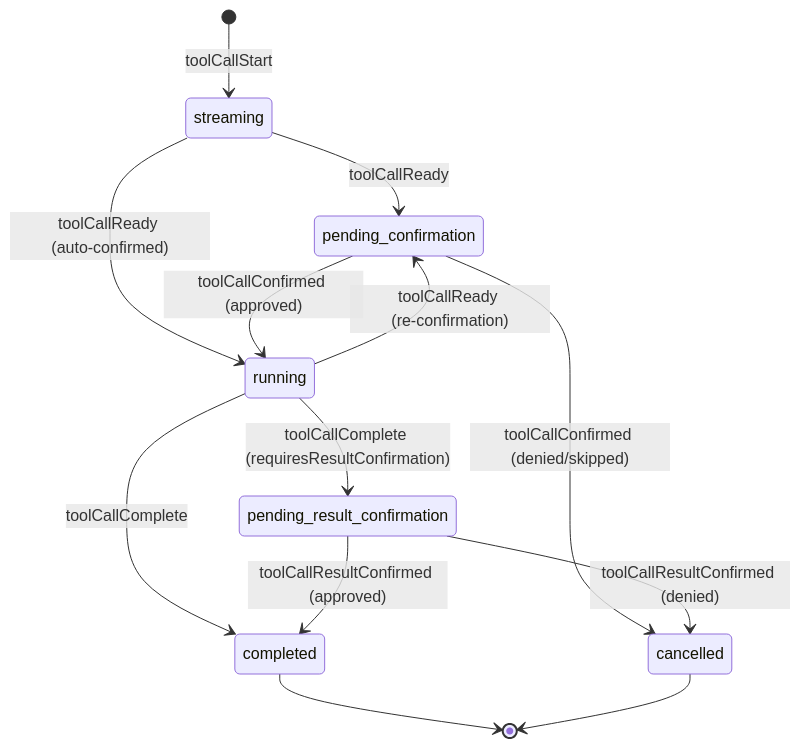
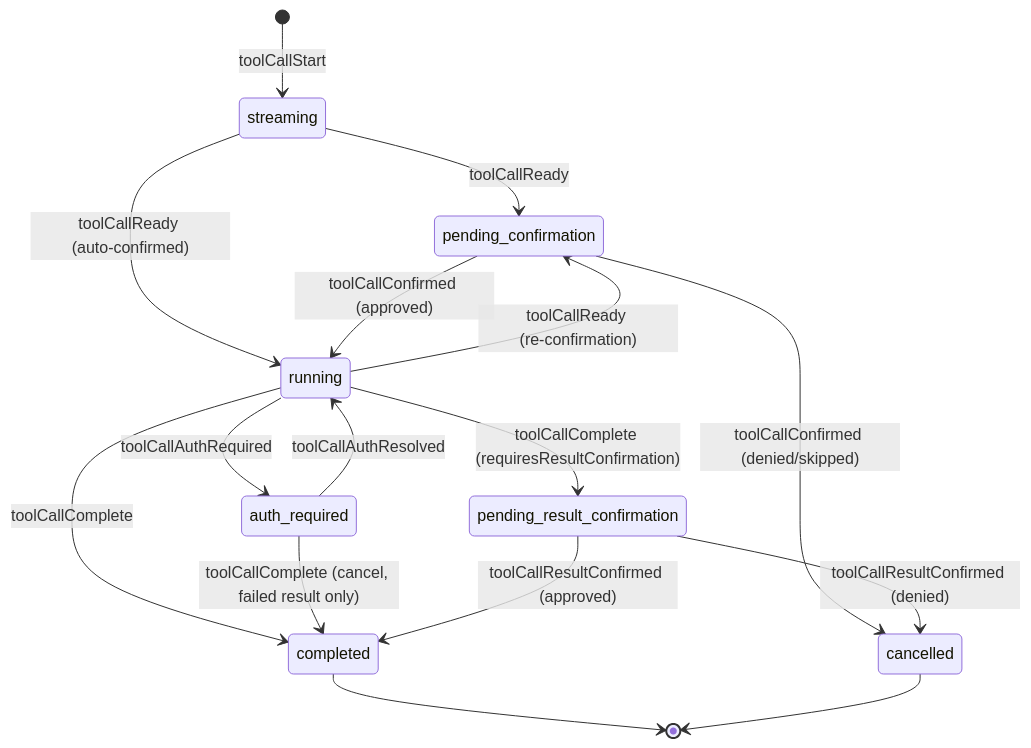
Before and after one commit to Qusic/agent-host-protocol: the first of 3 diagrams in docs/guide/state-model.md, drawn with Mermaid. The commit also changed other lines of this file and 53 other files, not shown here.

First line of the commit message:
mcp: add tool call authentication state

````diff
--- a/docs/guide/state-model.md
+++ b/docs/guide/state-model.md
@@ -350,20 +350,24 @@
 ```mermaid
 stateDiagram-v2
   [*] --> streaming : toolCallStart
 
   streaming --> pending_confirmation : toolCallReady
   streaming --> running : toolCallReady (auto‑confirmed)
 
   pending_confirmation --> running : toolCallConfirmed (approved)
   pending_confirmation --> cancelled : toolCallConfirmed (denied/skipped)
 
   running --> pending_confirmation : toolCallReady (re‑confirmation)
+  running --> auth_required : toolCallAuthRequired
   running --> completed : toolCallComplete
   running --> pending_result_confirmation : toolCallComplete (requiresResultConfirmation)
+
+  auth_required --> running : toolCallAuthResolved
+  auth_required --> completed : toolCallComplete (cancel, failed result only)
 
   pending_result_confirmation --> completed : toolCallResultConfirmed (approved)
   pending_result_confirmation --> cancelled : toolCallResultConfirmed (denied)
 
   completed --> [*]
   cancelled --> [*]
 ```
````
